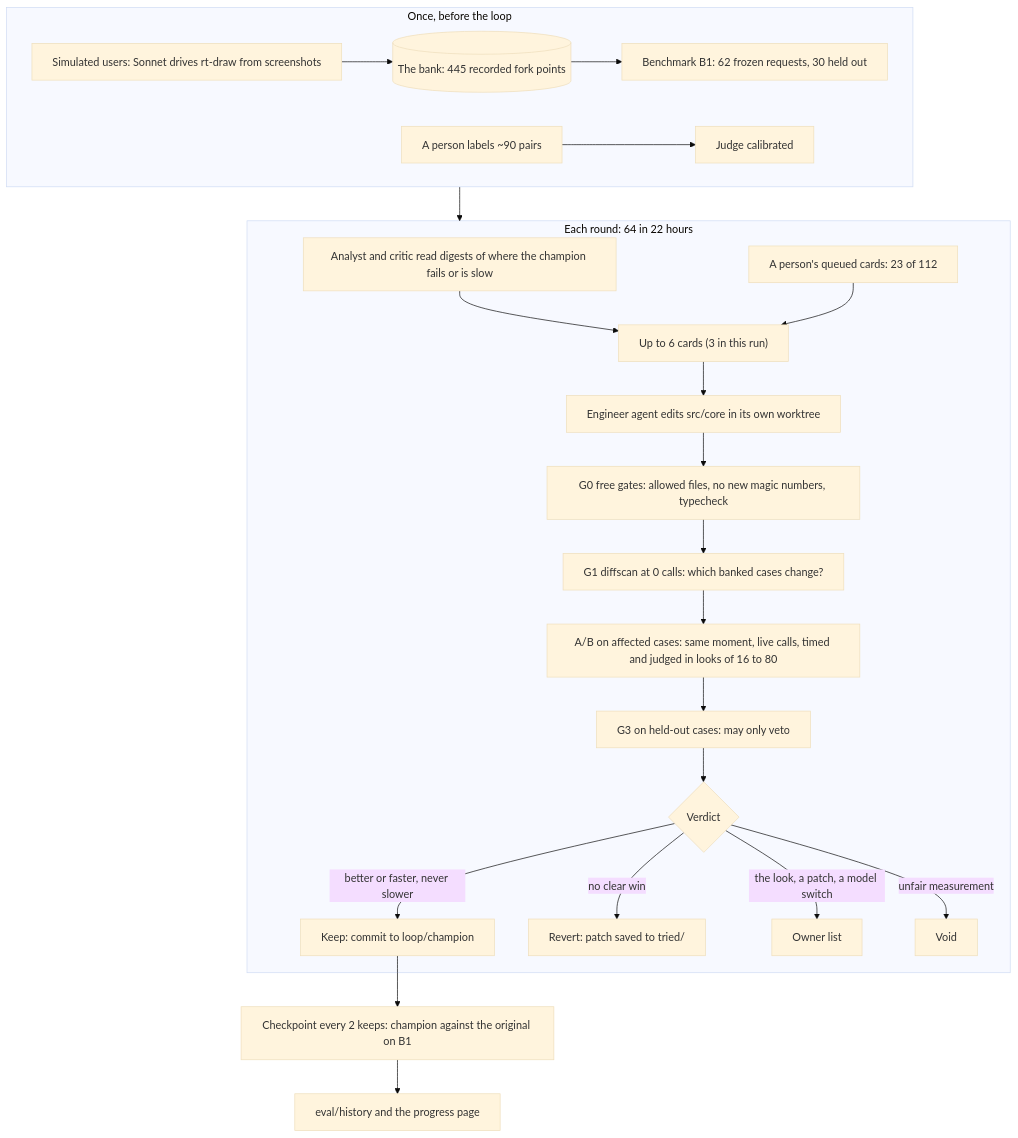
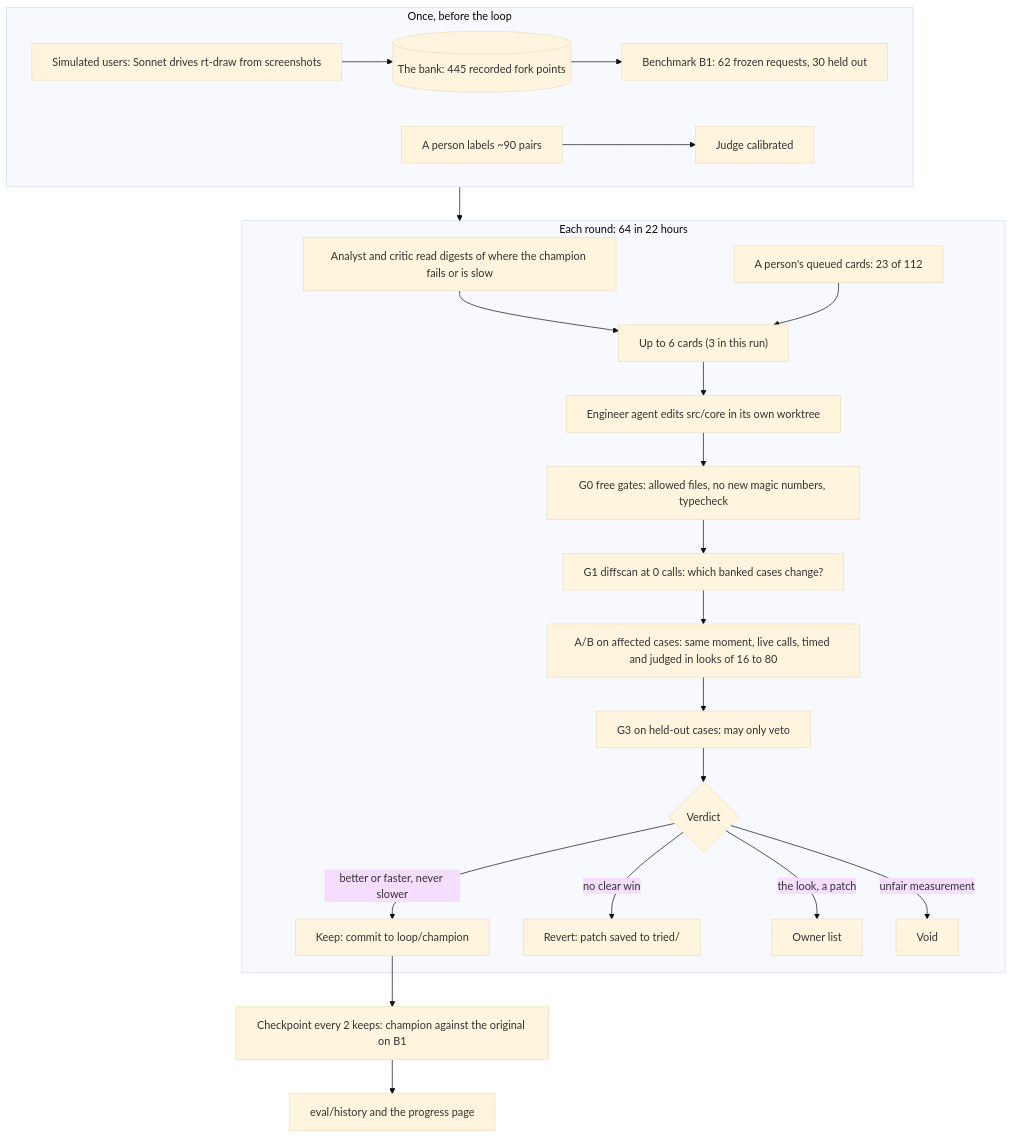
The diagram in evals/README.md (OmarSalimMoussa/rt-draw-v2), drawn with Mermaid (base theme) before and after one commit. The commit also changed other lines of this file and 9 other files, not shown here.

````diff
--- a/evals/README.md
+++ b/evals/README.md
@@ -139,26 +139,26 @@
 ```mermaid
 %%{init: {"flowchart": {"wrappingWidth": 400}}}%%
 flowchart TD
   subgraph setup["Once, before the loop"]
     direction LR
     DR["Simulated users: Sonnet drives rt-draw from screenshots"] --> BANK[("The bank: 445 recorded fork points")] --> B1["Benchmark B1: 62 frozen requests, 30 held out"]
     LAB["A person labels ~90 pairs"] --> CAL["Judge calibrated"]
   end
   subgraph rounds["Each round: 64 in 22 hours"]
     AN["Analyst and critic read digests of where the champion fails or is slow"] --> CARDS["Up to 6 cards (3 in this run)"]
     PQ["A person's queued cards: 23 of 112"] --> CARDS
     CARDS --> ENG["Engineer agent edits src/core in its own worktree"]
     ENG --> G0["G0 free gates: allowed files, no new magic numbers, typecheck"]
     G0 --> G1["G1 diffscan at 0 calls: which banked cases change?"]
     G1 --> AB["A/B on affected cases: same moment, live calls, timed and judged in looks of 16 to 80"]
     AB --> G3["G3 on held-out cases: may only veto"]
     G3 --> V{"Verdict"}
     V -->|"better or faster, never slower"| KEEP["Keep: commit to loop/champion"]
     V -->|"no clear win"| REV["Revert: patch saved to tried/"]
-    V -->|"the look, a patch, a model switch"| OWN["Owner list"]
+    V -->|"the look, a patch"| OWN["Owner list"]
     V -->|"unfair measurement"| VOID["Void"]
   end
   setup --> rounds
   KEEP --> CK["Checkpoint every 2 keeps: champion against the original on B1"]
   CK --> PG["eval/history and the progress page"]
 ```
````
